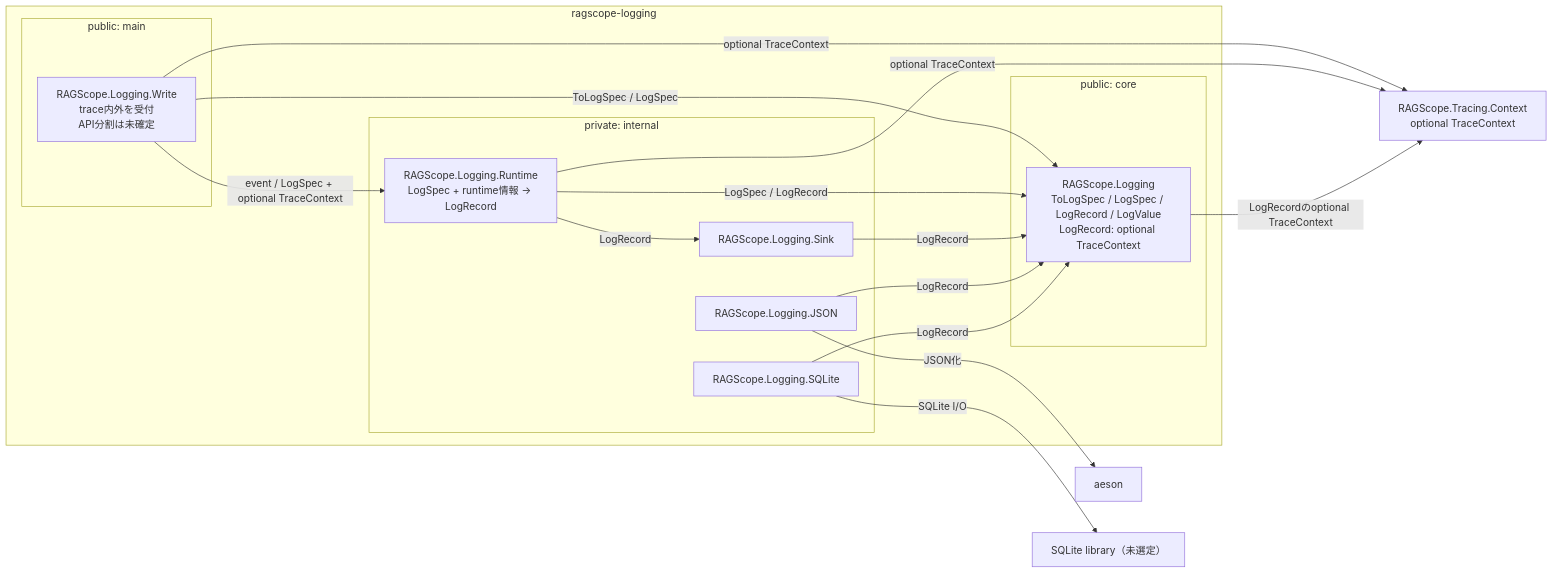
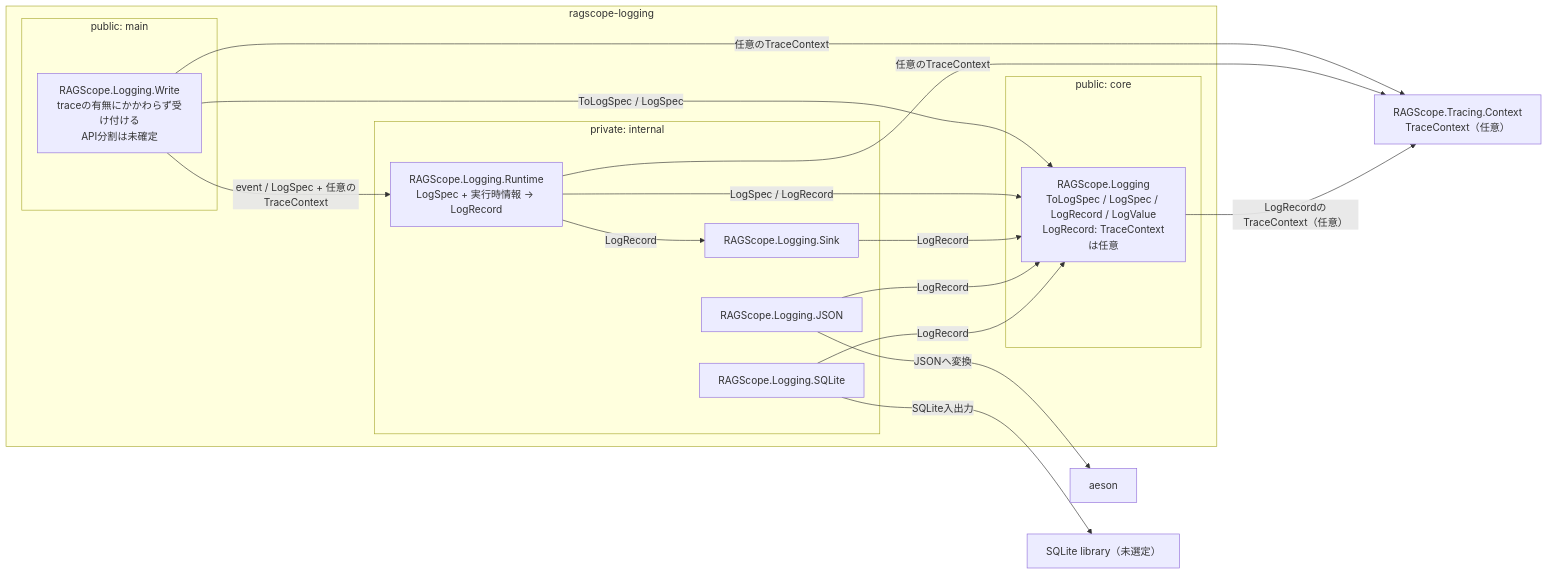
One commit to takashit16833/Workbench changed the diagram in Notes/RAGScope/RAGScopeアプリケーション/実行追跡・構造化ログ静的依存図 Logging.md. Above: the diagram before and after it, drawn with Mermaid. The commit also changed other lines of this file and 6 other files, not shown here.

````diff
--- a/Notes/RAGScope/RAGScopeアプリケーション/実行追跡・構造化ログ静的依存図 Logging.md
+++ b/Notes/RAGScope/RAGScopeアプリケーション/実行追跡・構造化ログ静的依存図 Logging.md
@@ -17,38 +17,38 @@
 ```mermaid
 flowchart LR
     subgraph pkg_logging["ragscope-logging"]
         subgraph main_lib["public: main"]
-            write["RAGScope.Logging.Write<br/>trace内外を受付<br/>API分割は未確定"]
+            write["RAGScope.Logging.Write<br/>traceの有無にかかわらず受け付ける<br/>API分割は未確定"]
         end
 
         subgraph internal_lib["private: internal"]
-            runtime["RAGScope.Logging.Runtime<br/>LogSpec + runtime情報 → LogRecord"]
+            runtime["RAGScope.Logging.Runtime<br/>LogSpec + 実行時情報 → LogRecord"]
             sink["RAGScope.Logging.Sink"]
             json["RAGScope.Logging.JSON"]
             sqlite["RAGScope.Logging.SQLite"]
         end
 
         subgraph core_lib["public: core"]
-            contract["RAGScope.Logging<br/>ToLogSpec / LogSpec / LogRecord / LogValue<br/>LogRecord: optional TraceContext"]
+            contract["RAGScope.Logging<br/>ToLogSpec / LogSpec / LogRecord / LogValue<br/>LogRecord: TraceContextは任意"]
         end
     end
 
-    context["RAGScope.Tracing.Context<br/>optional TraceContext"]
+    context["RAGScope.Tracing.Context<br/>TraceContext（任意）"]
     aeson["aeson"]
     sqlite_lib["SQLite library（未選定）"]
 
-    write -->|event / LogSpec + optional TraceContext| runtime
+    write -->|event / LogSpec + 任意のTraceContext| runtime
     write -->|ToLogSpec / LogSpec| contract
-    write -->|optional TraceContext| context
+    write -->|任意のTraceContext| context
 
     runtime -->|LogRecord| sink
     runtime -->|LogSpec / LogRecord| contract
-    runtime -->|optional TraceContext| context
+    runtime -->|任意のTraceContext| context
 
     sink -->|LogRecord| contract
     json -->|LogRecord| contract
-    json -->|JSON化| aeson
+    json -->|JSONへ変換| aeson
     sqlite -->|LogRecord| contract
-    sqlite -->|SQLite I/O| sqlite_lib
-    contract -->|LogRecordのoptional TraceContext| context
+    sqlite -->|SQLite入出力| sqlite_lib
+    contract -->|LogRecordのTraceContext（任意）| context
 ```
````
